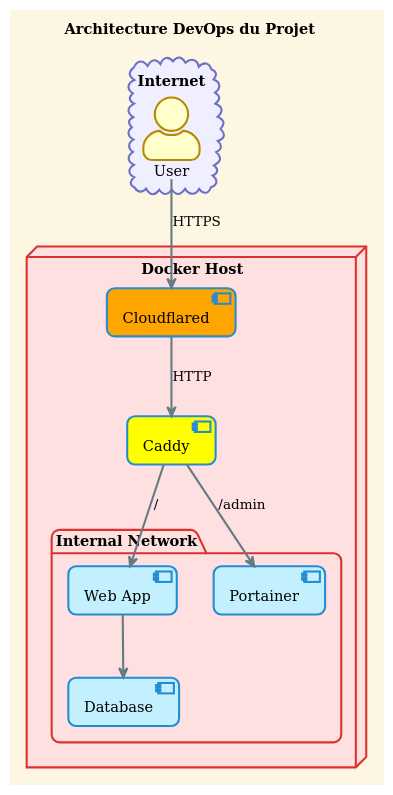
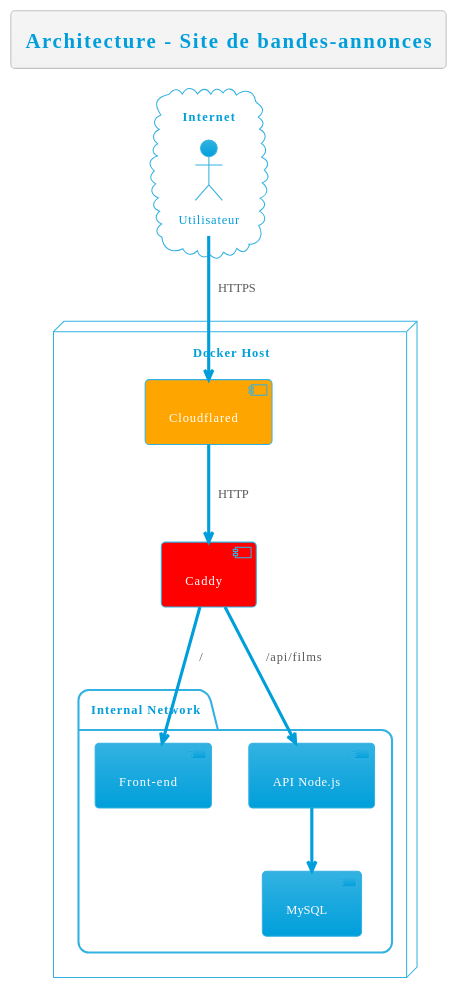
The diagram in énoncé/architecture-exemple.md (RAYWINN43/Projet_DOCKER), drawn with PlantUML before and after one commit. The commit also changed other lines of this file and 6 other files, not shown here.

```diff
--- a/énoncé/architecture-exemple.md
+++ b/énoncé/architecture-exemple.md
@@ -1,25 +2,27 @@
 @startuml
-!theme sunlust
-title Architecture DevOps du Projet
+!theme bluegray
+title Architecture – Site de bandes-annonces
+
+cloud "Internet" {
+    actor Utilisateur
+}
 
 node "Docker Host" {
+
     component "Cloudflared" as Tunnel #Orange
-    component "Caddy" as Proxy #Yellow
-    
+    component "Caddy" as Proxy #red
+
     package "Internal Network" {
-        component "Web App" as Web
-        component "Database" as DB
-        component "Portainer" as Admin
+
+        component "Front-end" as Front
+        component "API Node.js" as API
+        component "MySQL" as DB
     }
 }
 
-cloud "Internet" {
-    actor User
-}
-
-User --> Tunnel : HTTPS
+Utilisateur --> Tunnel : HTTPS
 Tunnel --> Proxy : HTTP
-Proxy --> Web : /
-Proxy --> Admin : /admin
-Web --> DB
+Proxy --> Front : /
+Proxy --> API : /api/films
+API --> DB
 @enduml
```
